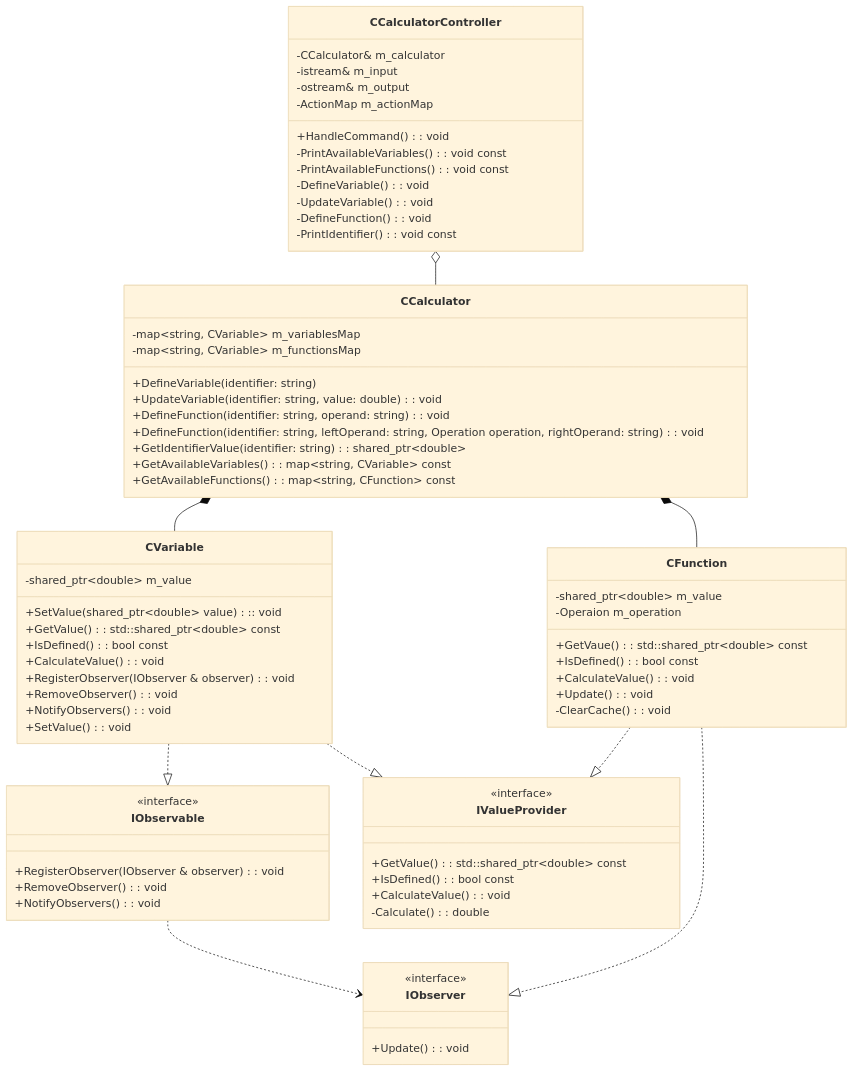
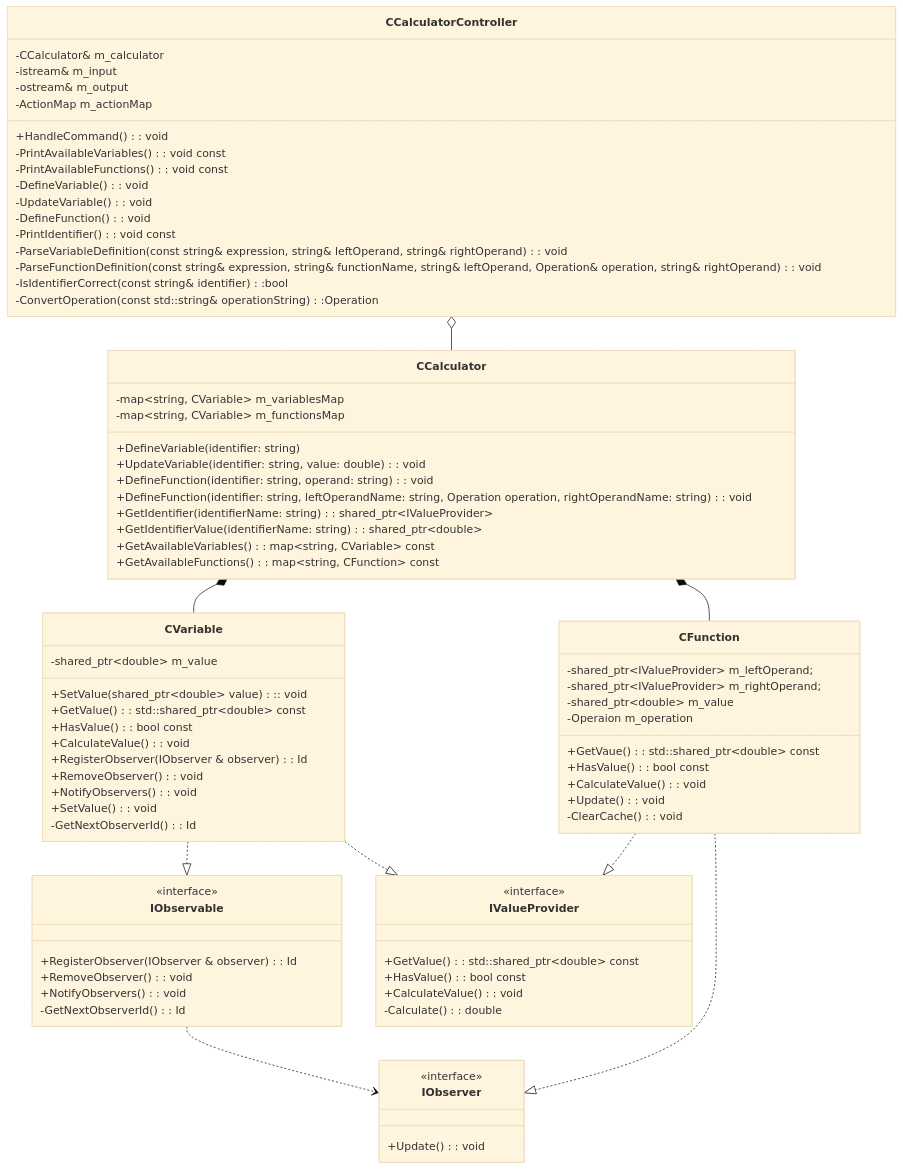
One commit to Exevald/oop changed the diagram in lw3/Calculator/diagram.md. Above: the diagram before and after it, drawn with Mermaid (base theme). The commit also changed 12 other files, not shown here.

```diff
--- a/lw3/Calculator/diagram.md
+++ b/lw3/Calculator/diagram.md
@@ -12,6 +12,10 @@
         -UpdateVariable(): void
         -DefineFunction(): void
         -PrintIdentifier(): void const
+        -ParseVariableDefinition(const string& expression, string& leftOperand, string& rightOperand): void
+        -ParseFunctionDefinition(const string& expression, string& functionName, string& leftOperand, Operation& operation, string& rightOperand): void
+        -IsIdentifierCorrect(const string& identifier):bool
+        -ConvertOperation(const std::string& operationString):Operation
     }
 
     class CCalculator {
@@ -20,8 +24,9 @@
         +DefineVariable(identifier: string)
         +UpdateVariable(identifier: string, value: double): void
         +DefineFunction(identifier: string, operand: string): void
-        +DefineFunction(identifier: string, leftOperand: string, Operation operation, rightOperand: string): void
-        +GetIdentifierValue(identifier: string): shared_ptr~double~
+        +DefineFunction(identifier: string, leftOperandName: string, Operation operation, rightOperandName: string): void
+        +GetIdentifier(identifierName: string): shared_ptr~IValueProvider~
+        +GetIdentifierValue(identifierName: string): shared_ptr~double~
         +GetAvailableVariables(): map~string, CVariable~ const
         +GetAvailableFunctions(): map~string, CFunction~ const
     }
@@ -30,19 +35,22 @@
         -shared_ptr~double~ m_value
         +SetValue(shared_ptr~double~ value):: void
         +GetValue(): std::shared_ptr~double~ const
-        +IsDefined(): bool const
+        +HasValue(): bool const
         +CalculateValue(): void
-        +RegisterObserver(IObserver & observer): void
+        +RegisterObserver(IObserver & observer): Id
         +RemoveObserver(): void
         +NotifyObservers(): void
         +SetValue(): void
+        -GetNextObserverId(): Id
     }
 
     class CFunction {
+        -shared_ptr~IValueProvider~ m_leftOperand;
+        -shared_ptr~IValueProvider~ m_rightOperand;
         -shared_ptr~double~ m_value
         -Operaion m_operation
         +GetVaue(): std::shared_ptr~double~ const
-        +IsDefined(): bool const
+        +HasValue(): bool const
         +CalculateValue(): void
         +Update(): void
         -ClearCache(): void
@@ -51,16 +59,17 @@
     class IValueProvider {
         <<interface>>
         +GetValue(): std::shared_ptr~double~ const
-        +IsDefined(): bool const
+        +HasValue(): bool const
         +CalculateValue(): void
         -Calculate(): double
     }
 
     class IObservable {
         <<interface>>
-        +RegisterObserver(IObserver & observer): void
+        +RegisterObserver(IObserver & observer): Id
         +RemoveObserver(): void
         +NotifyObservers(): void
+        -GetNextObserverId(): Id
     }
 
     class IObserver {
```
